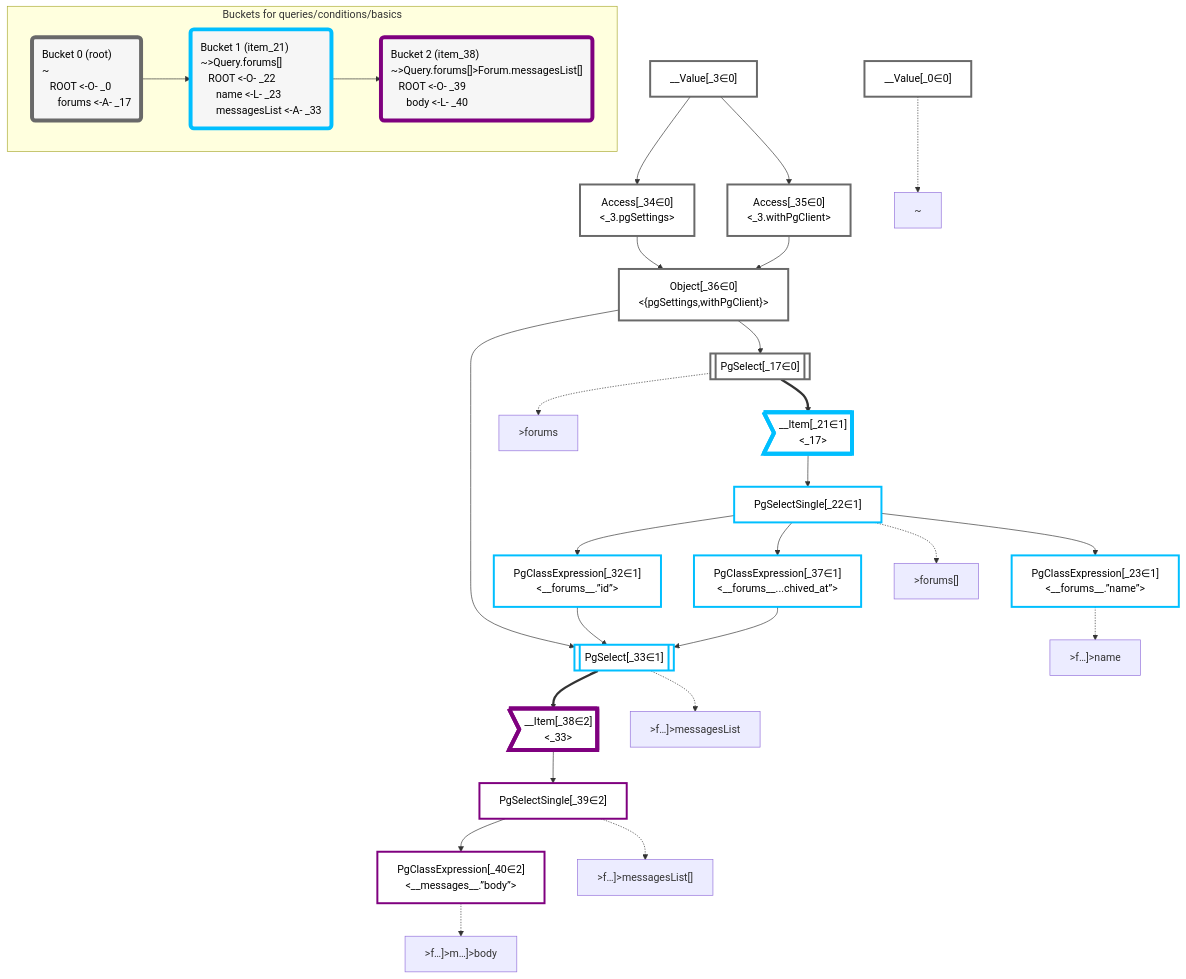
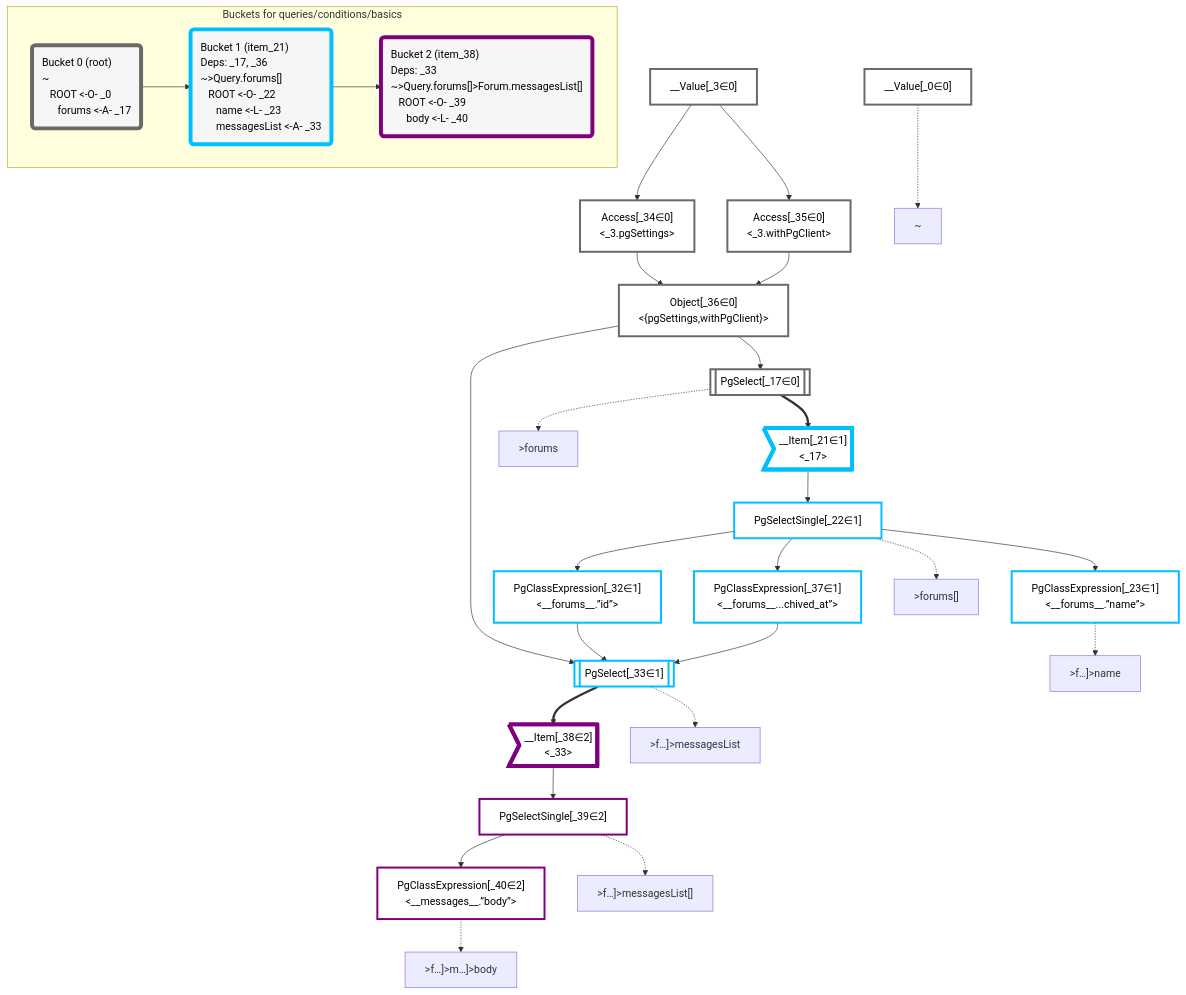
One commit to graphile/crystal changed the diagram in packages/dataplan-pg/__tests__/queries/conditions/basics.deopt.mermaid.md. Above: the diagram before and after it, drawn with Mermaid. The commit also changed 157 other files, not shown here.

Commit message:
Add deps to all query snapshots

````diff
--- a/packages/dataplan-pg/__tests__/queries/conditions/basics.deopt.mermaid.md
+++ b/packages/dataplan-pg/__tests__/queries/conditions/basics.deopt.mermaid.md
@@ -1,79 +1,79 @@
 ```mermaid
 graph TD
     classDef path fill:#eee,stroke:#000,color:#000
     classDef plan fill:#fff,stroke-width:3px,color:#000
     classDef itemplan fill:#fff,stroke-width:6px,color:#000
     classDef sideeffectplan fill:#f00,stroke-width:6px,color:#000
     classDef bucket fill:#f6f6f6,color:#000,stroke-width:6px,text-align:left
 
 
     %% define plans
     __Value_0["__Value[_0∈0]"]:::plan
     __Value_3["__Value[_3∈0]<br /><context>"]:::plan
     PgSelect_17[["PgSelect[_17∈0]<br /><forums>"]]:::plan
     __Item_21>"__Item[_21∈1]<br /><_17>"]:::itemplan
     PgSelectSingle_22["PgSelectSingle[_22∈1]<br /><forums>"]:::plan
     PgClassExpression_23["PgClassExpression[_23∈1]<br /><__forums__.”name”>"]:::plan
     PgClassExpression_32["PgClassExpression[_32∈1]<br /><__forums__.”id”>"]:::plan
     PgSelect_33[["PgSelect[_33∈1]<br /><messages>"]]:::plan
     Access_34["Access[_34∈0]<br /><_3.pgSettings>"]:::plan
     Access_35["Access[_35∈0]<br /><_3.withPgClient>"]:::plan
     Object_36["Object[_36∈0]<br /><{pgSettings,withPgClient}>"]:::plan
     PgClassExpression_37["PgClassExpression[_37∈1]<br /><__forums__...chived_at”>"]:::plan
     __Item_38>"__Item[_38∈2]<br /><_33>"]:::itemplan
     PgSelectSingle_39["PgSelectSingle[_39∈2]<br /><messages>"]:::plan
     PgClassExpression_40["PgClassExpression[_40∈2]<br /><__messages__.”body”>"]:::plan
 
     %% plan dependencies
     Object_36 --> PgSelect_17
     PgSelect_17 ==> __Item_21
     __Item_21 --> PgSelectSingle_22
     PgSelectSingle_22 --> PgClassExpression_23
     PgSelectSingle_22 --> PgClassExpression_32
     Object_36 --> PgSelect_33
     PgClassExpression_32 --> PgSelect_33
     PgClassExpression_37 --> PgSelect_33
     __Value_3 --> Access_34
     __Value_3 --> Access_35
     Access_34 --> Object_36
     Access_35 --> Object_36
     PgSelectSingle_22 --> PgClassExpression_37
     PgSelect_33 ==> __Item_38
     __Item_38 --> PgSelectSingle_39
     PgSelectSingle_39 --> PgClassExpression_40
 
     %% plan-to-path relationships
     P_0["~"]
     __Value_0 -.-> P_0
     P_17[">forums"]
     PgSelect_17 -.-> P_17
     P_22[">forums[]"]
     PgSelectSingle_22 -.-> P_22
     P_23[">f…]>name"]
     PgClassExpression_23 -.-> P_23
     P_33[">f…]>messagesList"]
     PgSelect_33 -.-> P_33
     P_39[">f…]>messagesList[]"]
     PgSelectSingle_39 -.-> P_39
     P_40[">f…]>m…]>body"]
     PgClassExpression_40 -.-> P_40
 
     %% allocate buckets
     classDef bucket0 stroke:#696969
     class __Value_0,__Value_3,PgSelect_17,Access_34,Access_35,Object_36 bucket0
     classDef bucket1 stroke:#00bfff
     class __Item_21,PgSelectSingle_22,PgClassExpression_23,PgClassExpression_32,PgSelect_33,PgClassExpression_37 bucket1
     classDef bucket2 stroke:#7f007f
     class __Item_38,PgSelectSingle_39,PgClassExpression_40 bucket2
 
     subgraph "Buckets for queries/conditions/basics"
     Bucket0("Bucket 0 (root)<br />~<br />⠀ROOT <-O- _0<br />⠀⠀forums <-A- _17"):::bucket
     style Bucket0 stroke:#696969
-    Bucket1("Bucket 1 (item_21)<br />~>Query.forums[]<br />⠀ROOT <-O- _22<br />⠀⠀name <-L- _23<br />⠀⠀messagesList <-A- _33"):::bucket
+    Bucket1("Bucket 1 (item_21)<br />Deps: _17, _36<br />~>Query.forums[]<br />⠀ROOT <-O- _22<br />⠀⠀name <-L- _23<br />⠀⠀messagesList <-A- _33"):::bucket
     style Bucket1 stroke:#00bfff
     Bucket0 --> Bucket1
-    Bucket2("Bucket 2 (item_38)<br />~>Query.forums[]>Forum.messagesList[]<br />⠀ROOT <-O- _39<br />⠀⠀body <-L- _40"):::bucket
+    Bucket2("Bucket 2 (item_38)<br />Deps: _33<br />~>Query.forums[]>Forum.messagesList[]<br />⠀ROOT <-O- _39<br />⠀⠀body <-L- _40"):::bucket
     style Bucket2 stroke:#7f007f
     Bucket1 --> Bucket2
     end
 ```
````
